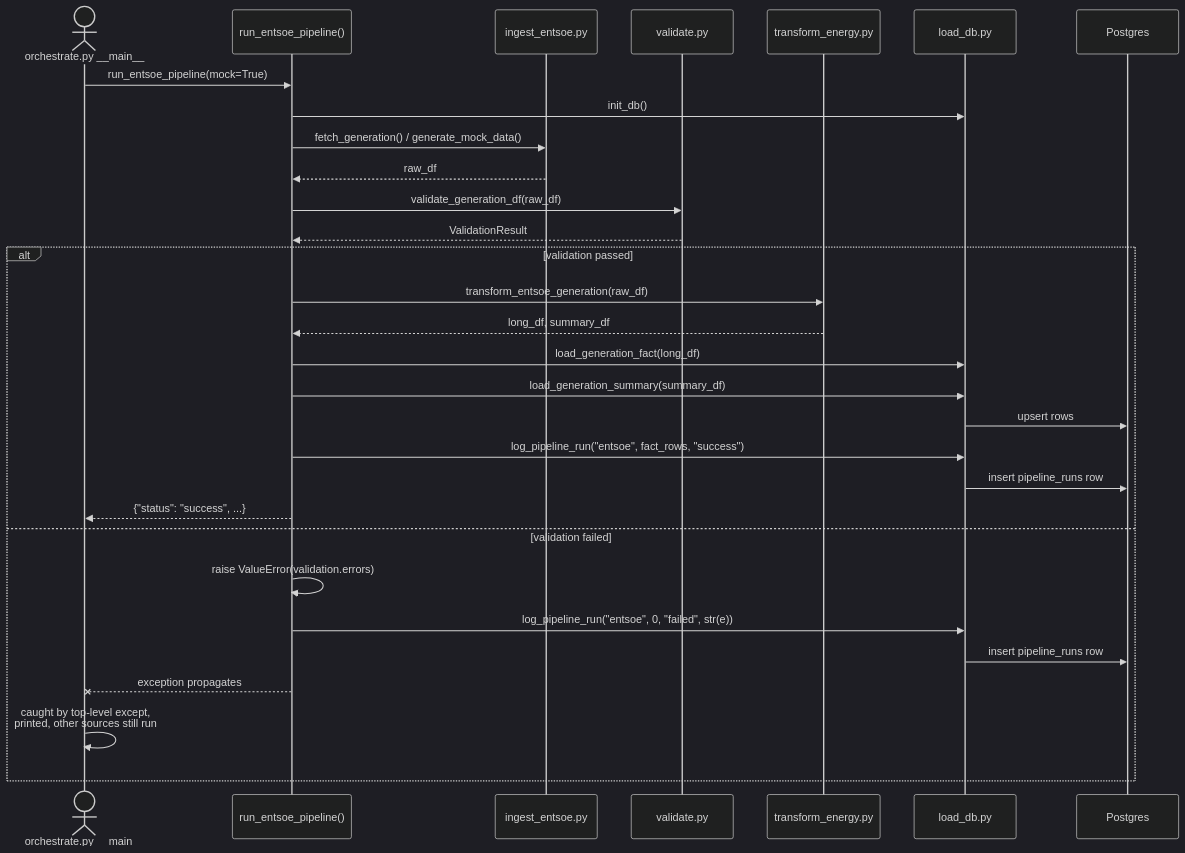
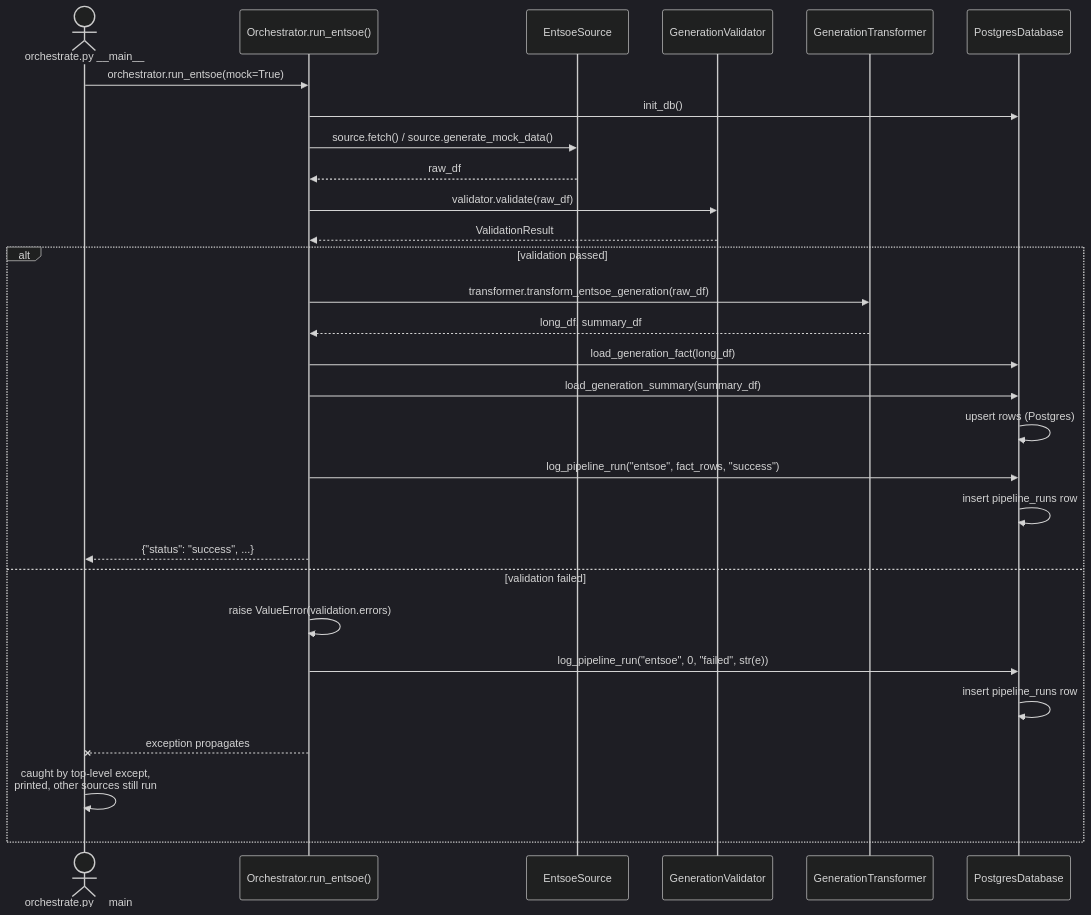
Before and after one commit to squirke1/energy-data-pipeline: the fifth of 8 diagrams in docs/DIAGRAMS.md, drawn with Mermaid (dark theme). The commit also changed other lines of this file and 16 other files, not shown here.

````diff
--- a/docs/DIAGRAMS.md
+++ b/docs/DIAGRAMS.md
@@ -117,34 +157,33 @@
 ```mermaid
 sequenceDiagram
     actor CLI as orchestrate.py __main__
-    participant Orch as run_entsoe_pipeline()
-    participant Ingest as ingest_entsoe.py
-    participant Val as validate.py
-    participant Trans as transform_energy.py
-    participant Load as load_db.py
-    participant DB as Postgres
+    participant Orch as Orchestrator.run_entsoe()
+    participant Source as EntsoeSource
+    participant Val as GenerationValidator
+    participant Trans as GenerationTransformer
+    participant DB as PostgresDatabase
 
-    CLI->>Orch: run_entsoe_pipeline(mock=True)
-    Orch->>Load: init_db()
-    Orch->>Ingest: fetch_generation() / generate_mock_data()
-    Ingest-->>Orch: raw_df
-    Orch->>Val: validate_generation_df(raw_df)
+    CLI->>Orch: orchestrator.run_entsoe(mock=True)
+    Orch->>DB: init_db()
+    Orch->>Source: source.fetch() / source.generate_mock_data()
+    Source-->>Orch: raw_df
+    Orch->>Val: validator.validate(raw_df)
     Val-->>Orch: ValidationResult
 
     alt validation passed
-        Orch->>Trans: transform_entsoe_generation(raw_df)
+        Orch->>Trans: transformer.transform_entsoe_generation(raw_df)
         Trans-->>Orch: long_df, summary_df
-        Orch->>Load: load_generation_fact(long_df)
-        Orch->>Load: load_generation_summary(summary_df)
-        Load->>DB: upsert rows
-        Orch->>Load: log_pipeline_run("entsoe", fact_rows, "success")
-        Load->>DB: insert pipeline_runs row
+        Orch->>DB: load_generation_fact(long_df)
+        Orch->>DB: load_generation_summary(summary_df)
+        DB->>DB: upsert rows (Postgres)
+        Orch->>DB: log_pipeline_run("entsoe", fact_rows, "success")
+        DB->>DB: insert pipeline_runs row
         Orch-->>CLI: {"status": "success", ...}
     else validation failed
         Orch->>Orch: raise ValueError(validation.errors)
-        Orch->>Load: log_pipeline_run("entsoe", 0, "failed", str(e))
-        Load->>DB: insert pipeline_runs row
+        Orch->>DB: log_pipeline_run("entsoe", 0, "failed", str(e))
+        DB->>DB: insert pipeline_runs row
         Orch--xCLI: exception propagates
         CLI->>CLI: caught by top-level except,<br/>printed, other sources still run
     end
 ```
````
